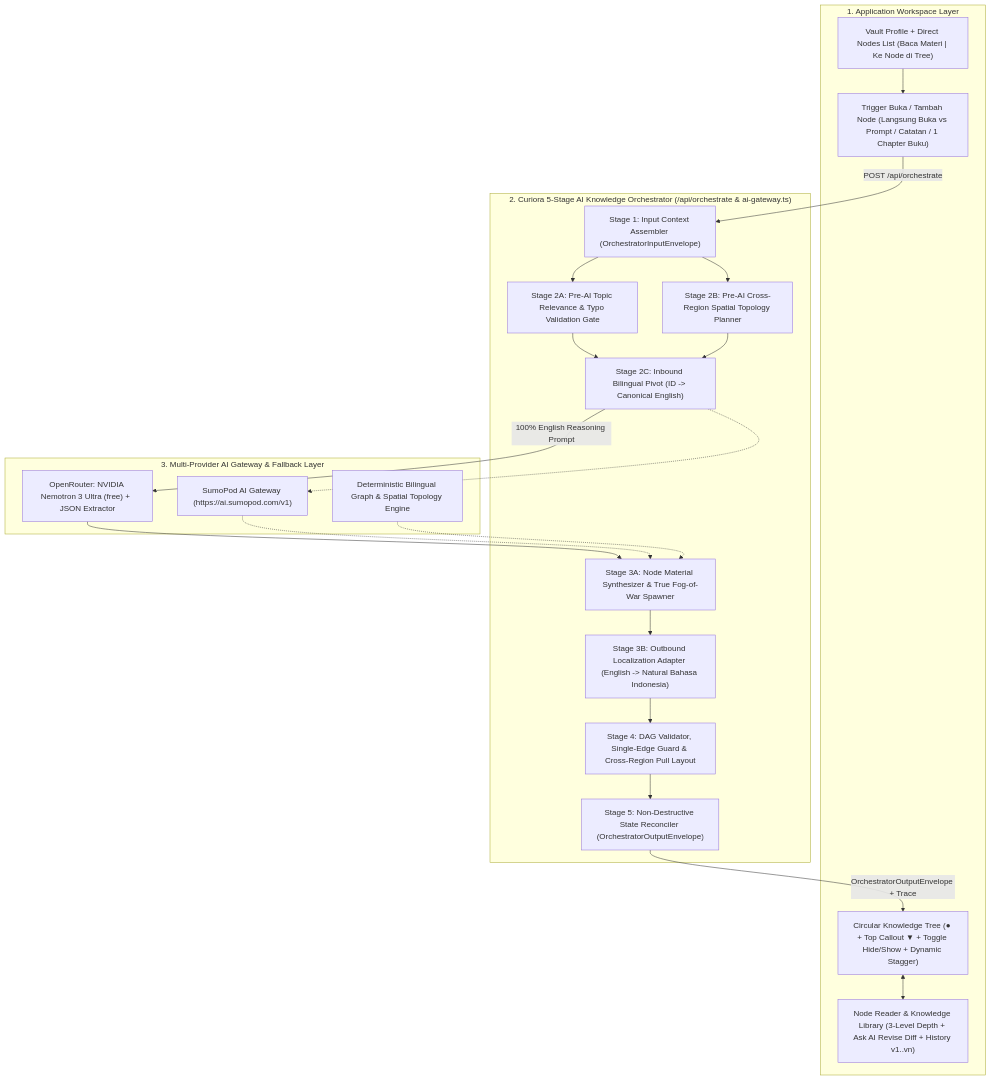
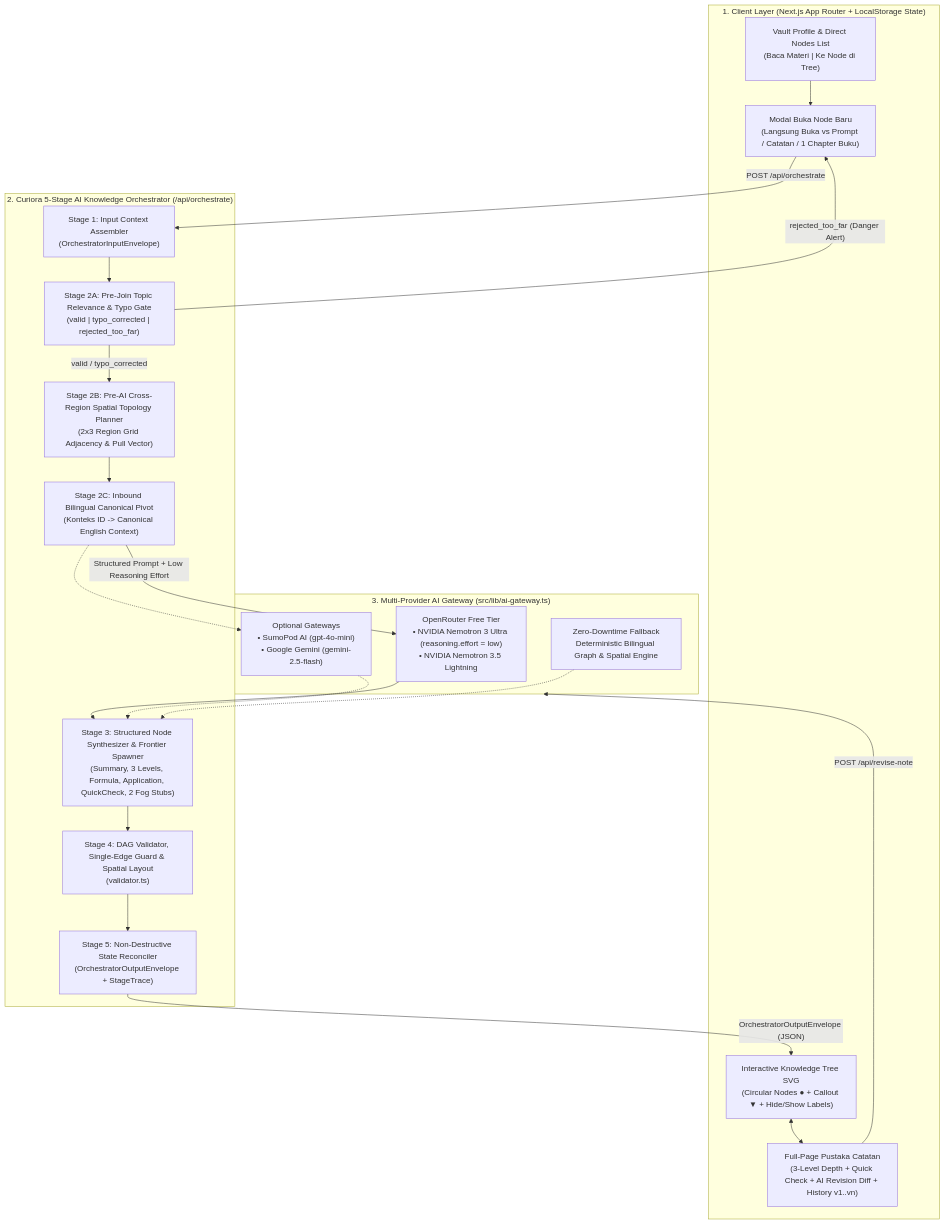
One commit to shinoaaa/study-explore changed the diagram in README.md. Above: the diagram before and after it, drawn with Mermaid. The commit also changed other lines of this file, not shown here.

````diff
--- a/README.md
+++ b/README.md
@@ -96,43 +101,42 @@
 ```mermaid
 flowchart TD
-    subgraph Workspace["1. Application Workspace Layer"]
-        VP["Vault Profile + Direct Nodes List (Baca Materi | Ke Node di Tree)"]
-        TRIG["Trigger Buka / Tambah Node (Langsung Buka vs Prompt / Catatan / 1 Chapter Buku)"]
-        TREE["Circular Knowledge Tree (● + Top Callout ▼ + Toggle Hide/Show + Dynamic Stagger)"]
-        LIB["Node Reader & Knowledge Library (3-Level Depth + Ask AI Revise Diff + History v1..vn)"]
+    subgraph Client["1. Client Layer (Next.js App Router + LocalStorage State)"]
+        VP["Vault Profile & Direct Nodes List\n(Baca Materi | Ke Node di Tree)"]
+        MODAL["Modal Buka Node Baru\n(Langsung Buka vs Prompt / Catatan / 1 Chapter Buku)"]
+        TREE["Interactive Knowledge Tree SVG\n(Circular Nodes ● + Callout ▼ + Hide/Show Labels)"]
+        LIB["Full-Page Pustaka Catatan\n(3-Level Depth + Quick Check + AI Revision Diff + History v1..vn)"]
     end
 
-    subgraph Orchestrator["2. Curiora 5-Stage AI Knowledge Orchestrator (/api/orchestrate & ai-gateway.ts)"]
-        S1["Stage 1: Input Context Assembler (OrchestratorInputEnvelope)"]
-        S2A["Stage 2A: Pre-AI Topic Relevance & Typo Validation Gate"]
-        S2B["Stage 2B: Pre-AI Cross-Region Spatial Topology Planner"]
-        S2C["Stage 2C: Inbound Bilingual Pivot (ID -> Canonical English)"]
-        S3A["Stage 3A: Node Material Synthesizer & True Fog-of-War Spawner"]
-        S3B["Stage 3B: Outbound Localization Adapter (English -> Natural Bahasa Indonesia)"]
-        S4["Stage 4: DAG Validator, Single-Edge Guard & Cross-Region Pull Layout"]
-        S5["Stage 5: Non-Destructive State Reconciler (OrchestratorOutputEnvelope)"]
+    subgraph Orchestrator["2. Curiora 5-Stage AI Knowledge Orchestrator (/api/orchestrate)"]
+        S1["Stage 1: Input Context Assembler\n(OrchestratorInputEnvelope)"]
+        S2A["Stage 2A: Pre-Join Topic Relevance & Typo Gate\n(valid | typo_corrected | rejected_too_far)"]
+        S2B["Stage 2B: Pre-AI Cross-Region Spatial Topology Planner\n(2x3 Region Grid Adjacency & Pull Vector)"]
+        S2C["Stage 2C: Inbound Bilingual Canonical Pivot\n(Konteks ID -> Canonical English Context)"]
+        S3["Stage 3: Structured Node Synthesizer & Frontier Spawner\n(Summary, 3 Levels, Formula, Application, QuickCheck, 2 Fog Stubs)"]
+        S4["Stage 4: DAG Validator, Single-Edge Guard & Spatial Layout\n(validator.ts)"]
+        S5["Stage 5: Non-Destructive State Reconciler\n(OrchestratorOutputEnvelope + StageTrace)"]
     end
 
-    subgraph Engine["3. Multi-Provider AI Gateway & Fallback Layer"]
-        OPENROUTER["OpenRouter: NVIDIA Nemotron 3 Ultra (free) + <think> JSON Extractor"]
-        SUMOPOD["SumoPod AI Gateway (https://ai.sumopod.com/v1)"]
-        FALLBACK["Deterministic Bilingual Graph & Spatial Topology Engine"]
+    subgraph AIGateway["3. Multi-Provider AI Gateway (src/lib/ai-gateway.ts)"]
+        OR["OpenRouter Free Tier\n• NVIDIA Nemotron 3 Ultra (reasoning.effort = low)\n• NVIDIA Nemotron 3.5 Lightning"]
+        ALT["Optional Gateways\n• SumoPod AI (gpt-4o-mini)\n• Google Gemini (gemini-2.5-flash)"]
+        DET["Zero-Downtime Fallback\nDeterministic Bilingual Graph & Spatial Engine"]
     end
 
-    VP --> TRIG
-    TRIG -->|POST /api/orchestrate| S1
+    VP --> MODAL
+    MODAL -->|"POST /api/orchestrate"| S1
     S1 --> S2A
-    S1 --> S2B
-    S2A --> S2C
+    S2A -->|"rejected_too_far (Danger Alert)"| MODAL
+    S2A -->|"valid / typo_corrected"| S2B
     S2B --> S2C
-    S2C -->|100% English Reasoning Prompt| OPENROUTER
-    S2C -.-> SUMOPOD
-    OPENROUTER --> S3A
-    SUMOPOD -.-> S3A
-    FALLBACK -.-> S3A
-    S3A --> S3B
-    S3B --> S4
+    S2C -->|"Structured Prompt + Low Reasoning Effort"| OR
+    S2C -.-> ALT
+    OR --> S3
+    ALT -.-> S3
+    DET -.-> S3
+    S3 --> S4
     S4 --> S5
-    S5 -->|OrchestratorOutputEnvelope + Trace| TREE
+    S5 -->|"OrchestratorOutputEnvelope (JSON)"| TREE
     TREE <--> LIB
+    LIB -->|"POST /api/revise-note"| AIGateway
 ```
````
